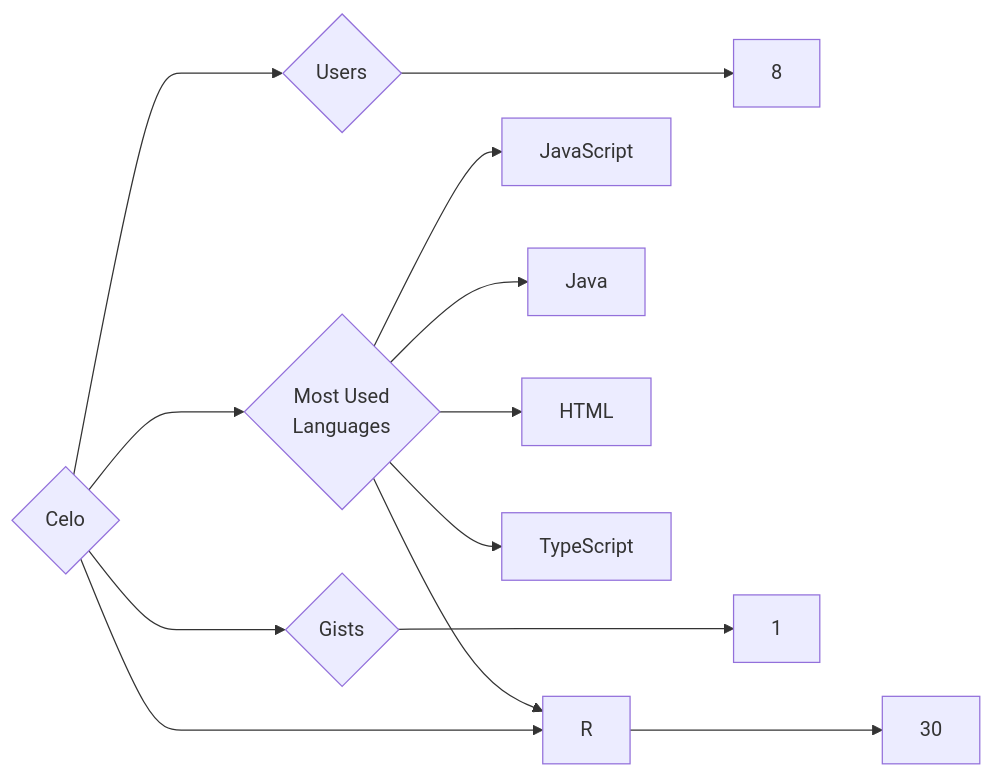
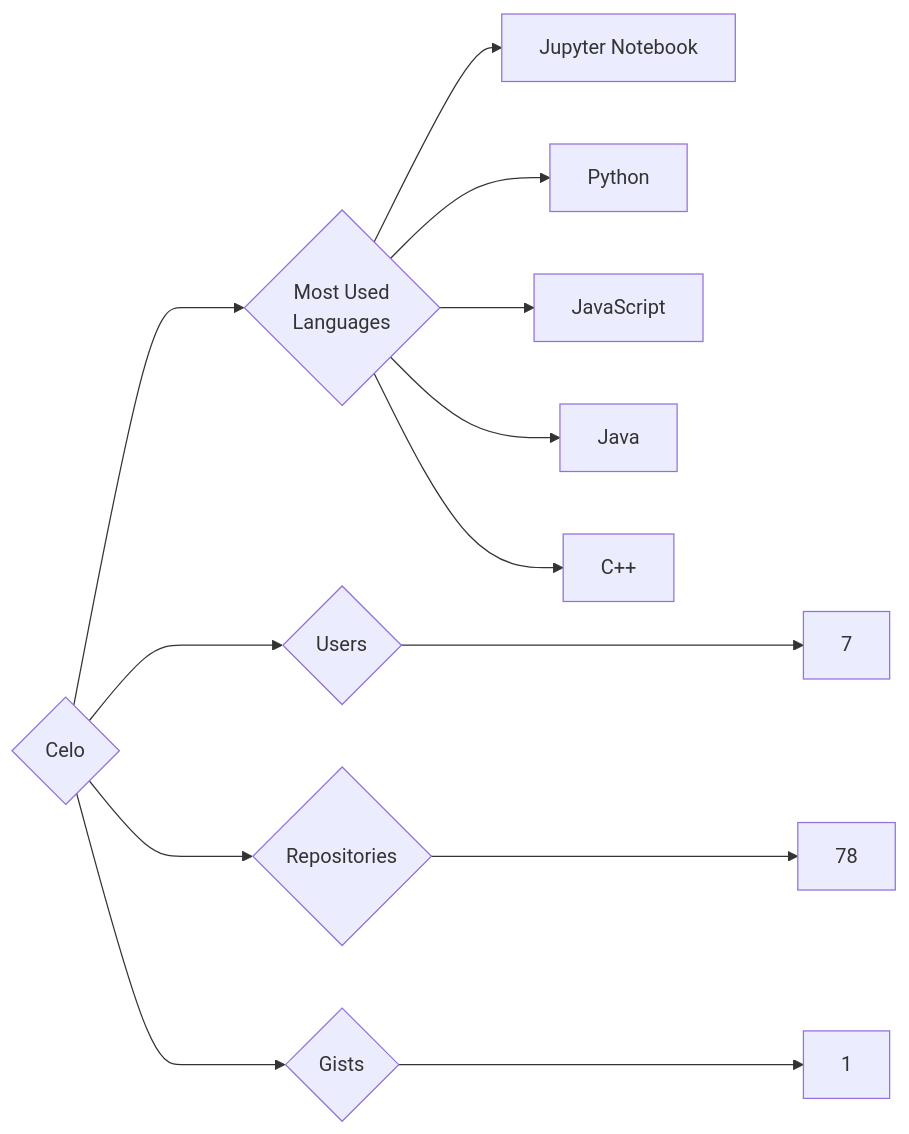
The diagram in targets/Celo/README.md (trickest/insiders), drawn with Mermaid before and after one commit. The commit also changed 912 other files, not shown here.

````diff
--- a/targets/Celo/README.md
+++ b/targets/Celo/README.md
@@ -3,13 +3,13 @@
 ```mermaid
 graph LR
 COMPANY_NAME{Celo}
-COMPANY_NAME ---> U{Users} ---> UN[8]
-COMPANY_NAME ---> R{Repositories} ---> RN[30]
+COMPANY_NAME ---> U{Users} ---> UN[7]
+COMPANY_NAME ---> R{Repositories} ---> RN[78]
 COMPANY_NAME ---> G{Gists} ---> GN[1]
 COMPANY_NAME ---> ML{Most Used<br>Languages}
+ML --> Jupyter_Notebook[Jupyter Notebook]
+ML --> Python[Python]
 ML --> JavaScript[JavaScript]
 ML --> Java[Java]
-ML --> HTML[HTML]
-ML --> R[R]
-ML --> TypeScript[TypeScript]
+ML --> C++[C++]
 ```
````
